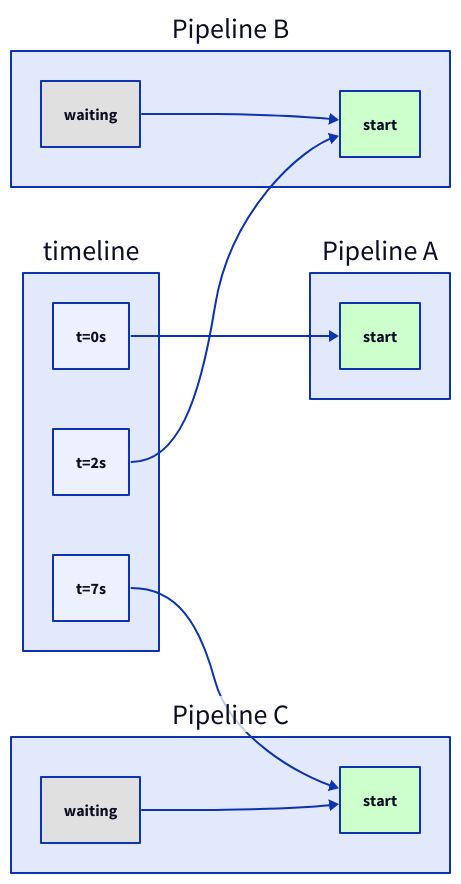
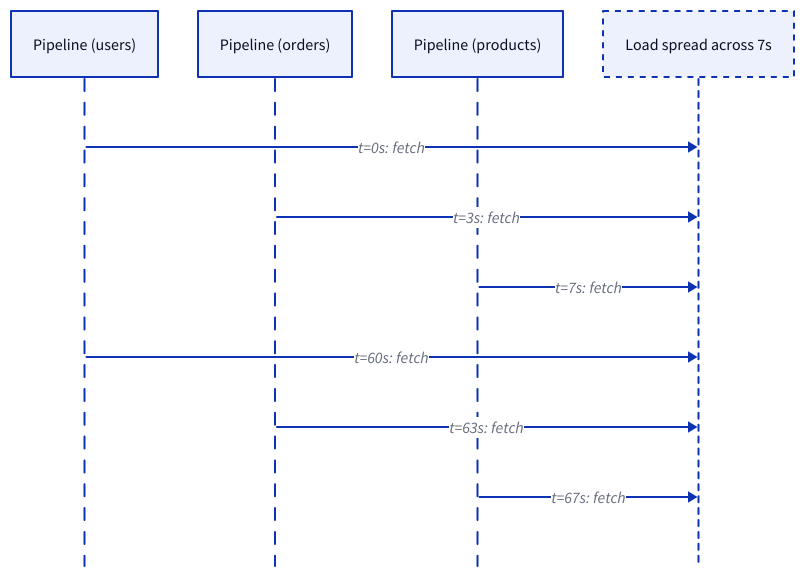
One commit to benjamin-awd/blizzard changed the second of 2 diagrams in website/src/content/docs/concepts/topology.md. Above: the diagram before and after it, drawn with D2. The commit also changed other lines of this file and 9 other files, not shown here.

````diff
--- a/website/src/content/docs/concepts/topology.md
+++ b/website/src/content/docs/concepts/topology.md
@@ -45,26 +68,20 @@
 ```d2
-direction: right
-timeline: {
-  t0: "t=0s"
-  t1: "t=2s"
-  t2: "t=7s"
+shape: sequence_diagram
+
+users: Pipeline (users)
+orders: Pipeline (orders)
+products: Pipeline (products)
+Storage
+
+users -> Storage: "t=0s: fetch"
+orders -> Storage: "t=3s: fetch"
+products -> Storage: "t=7s: fetch"
+
+Storage: "Load spread across 7s" {
+  style.stroke-dash: 3
 }
 
-Pipeline A: {
-  a_start: "start" {style.fill: "#ccffcc"}
-}
-Pipeline B: {
-  b_delay: "waiting" {style.fill: "#e0e0e0"}
-  b_start: "start" {style.fill: "#ccffcc"}
-  b_delay -> b_start
-}
-Pipeline C: {
-  c_delay: "waiting" {style.fill: "#e0e0e0"}
-  c_start: "start" {style.fill: "#ccffcc"}
-  c_delay -> c_start
-}
-
-timeline.t0 -> Pipeline A.a_start
-timeline.t1 -> Pipeline B.b_start
-timeline.t2 -> Pipeline C.c_start
+users -> Storage: "t=60s: fetch"
+orders -> Storage: "t=63s: fetch"
+products -> Storage: "t=67s: fetch"
 ```
````
